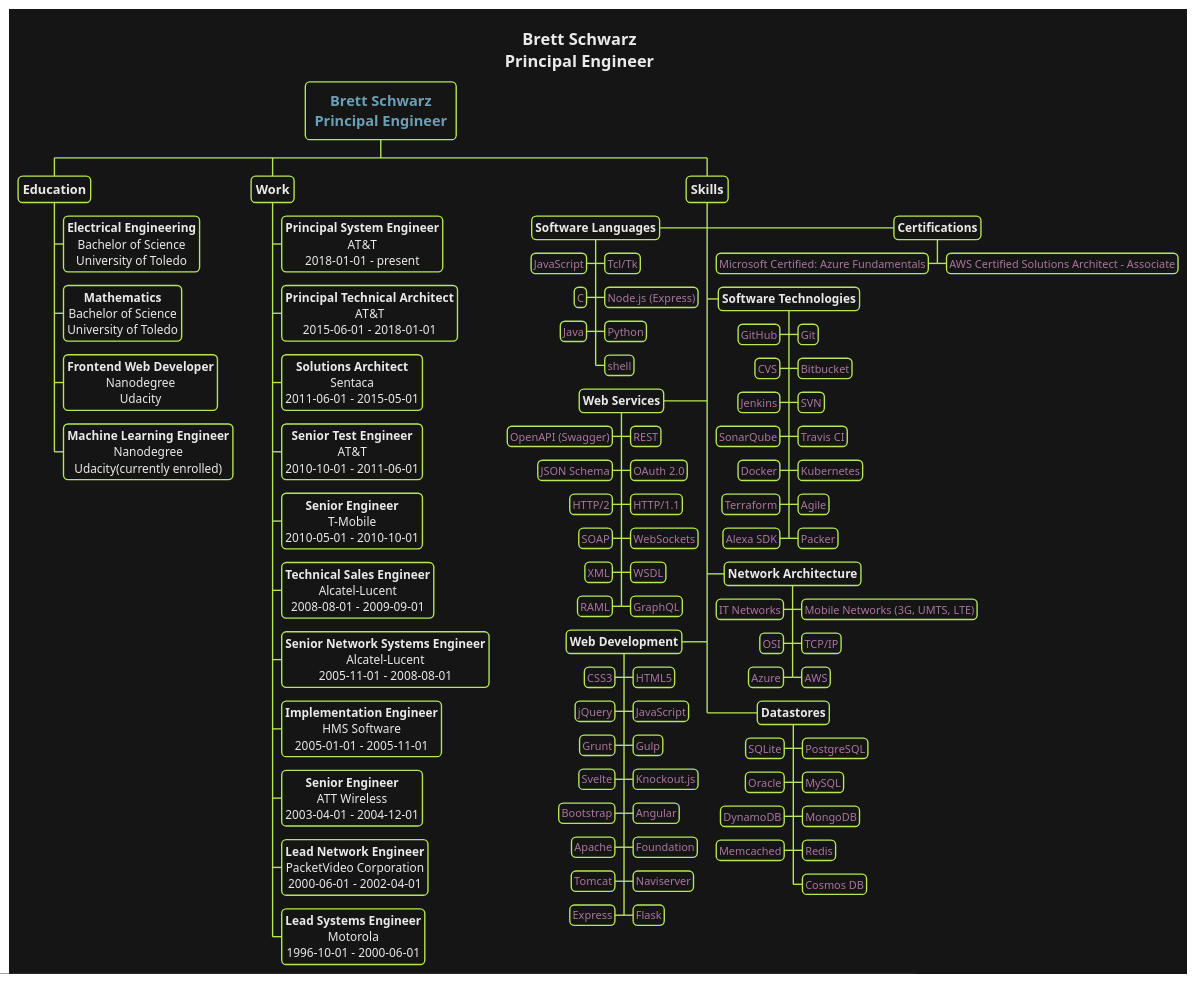
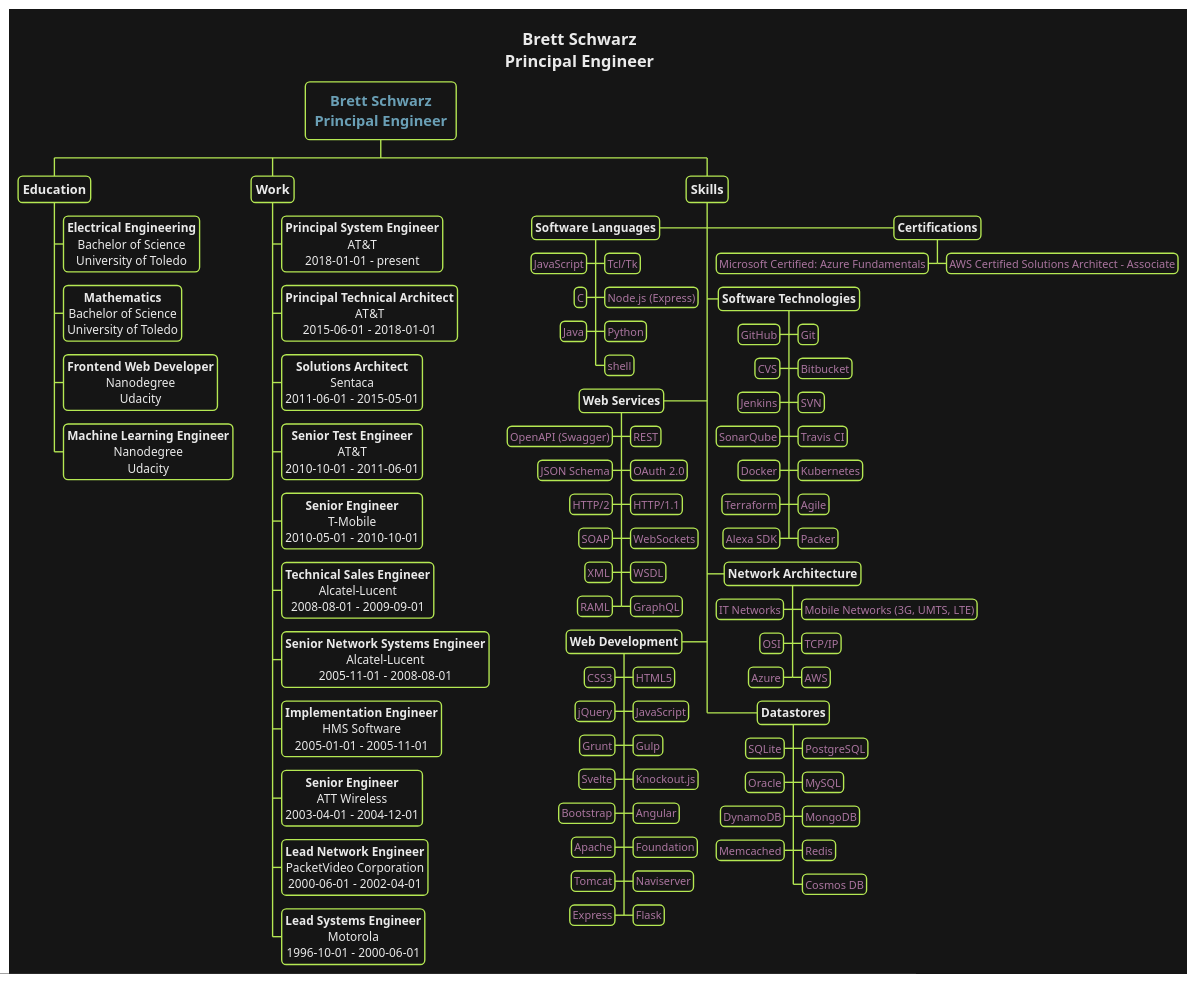
Before and after one commit to bschwarz/bschwarz.github.io: the diagram in assets/files/resume-dark.puml, drawn with PlantUML.

Commit message:
fix: updates machine learning

```diff
--- a/assets/files/resume-dark.puml
+++ b/assets/files/resume-dark.puml
@@ -1,140 +1,140 @@
 @startwbs
 
 skinparam backgroundColor transparent
 
 
 skinparam  {
     defaultFontName   "Verdana"
     defaultFontSize   12
     defaultTextAlignment center
     shadowing false
     RoundCorner 10
     TitleFontSize 18
     TitleFontColor #eaeaea
 }
 <style>
 wbsDiagram {
     LineColor #b5e853
     BorderThickness 3
     BackgroundColor #151515
     FontColor #eaeaea
     :depth(0) {
         fontSize 16
         fontStyle bold
         fontColor #6a9fb5
     }
     :depth(1) {
         fontSize 14
         padding 5
         fontStyle bold
     }
     :depth(2) {
         fontSize 13
         padding 4
     }
     :depth(3) {
         fontSize 12
         padding 3
         fontColor #aa759f
     }
 
 }
 </style>
 
 
 
 title Brett Schwarz\nPrincipal Engineer
 
 * Brett Schwarz\nPrincipal Engineer
 ** Education
 *** <b>Electrical Engineering\nBachelor of Science\nUniversity of Toledo
 *** <b>Mathematics\nBachelor of Science\nUniversity of Toledo
 *** <b>Frontend Web Developer\nNanodegree\nUdacity
-*** <b>Machine Learning Engineer\nNanodegree\nUdacity(currently enrolled)
+*** <b>Machine Learning Engineer\nNanodegree\nUdacity
 ** Work
 *** <b>Principal System Engineer\nAT&T\n2018-01-01 - present
 *** <b>Principal Technical Architect\nAT&T\n2015-06-01 - 2018-01-01
 *** <b>Solutions Architect\nSentaca\n2011-06-01 - 2015-05-01
 *** <b>Senior Test Engineer\nAT&T\n2010-10-01 - 2011-06-01
 *** <b>Senior Engineer\nT-Mobile\n2010-05-01 - 2010-10-01
 *** <b>Technical Sales Engineer\nAlcatel-Lucent\n2008-08-01 - 2009-09-01
 *** <b>Senior Network Systems Engineer\nAlcatel-Lucent\n2005-11-01 - 2008-08-01
 *** <b>Implementation Engineer\nHMS Software\n2005-01-01 - 2005-11-01
 *** <b>Senior Engineer\nATT Wireless\n2003-04-01 - 2004-12-01
 *** <b>Lead Network Engineer\nPacketVideo Corporation\n2000-06-01 - 2002-04-01
 *** <b>Lead Systems Engineer\nMotorola\n1996-10-01 - 2000-06-01
 ** Skills
 ***> <b>Certifications
 ****> AWS Certified Solutions Architect - Associate
 ****< Microsoft Certified: Azure Fundamentals
 ***< <b>Software Languages
 ****> Tcl/Tk
 ****< JavaScript
 ****> Node.js (Express)
 ****< C
 ****> Python
 ****< Java
 ****> shell
 ***> <b>Software Technologies
 ****> Git
 ****< GitHub
 ****> Bitbucket
 ****< CVS
 ****> SVN
 ****< Jenkins
 ****> Travis CI
 ****< SonarQube
 ****> Kubernetes
 ****< Docker
 ****> Agile
 ****< Terraform
 ****> Packer
 ****< Alexa SDK
 ***< <b>Web Services
 ****> REST
 ****< OpenAPI (Swagger)
 ****> OAuth 2.0
 ****< JSON Schema
 ****> HTTP/1.1
 ****< HTTP/2
 ****> WebSockets
 ****< SOAP
 ****> WSDL
 ****< XML
 ****> GraphQL
 ****< RAML
 ***> <b>Network Architecture
 ****> Mobile Networks (3G, UMTS, LTE)
 ****< IT Networks
 ****> TCP/IP
 ****< OSI
 ****> AWS
 ****< Azure
 ***< <b>Web Development
 ****> HTML5
 ****< CSS3
 ****> JavaScript
 ****< jQuery
 ****> Gulp
 ****< Grunt
 ****> Knockout.js
 ****< Svelte
 ****> Angular
 ****< Bootstrap
 ****> Foundation
 ****< Apache
 ****> Naviserver
 ****< Tomcat
 ****> Flask
 ****< Express
 ***> <b>Datastores
 ****> PostgreSQL
 ****< SQLite
 ****> MySQL
 ****< Oracle
 ****> MongoDB
 ****< DynamoDB
 ****> Redis
 ****< Memcached
 ****> Cosmos DB
 @endwbs
```
